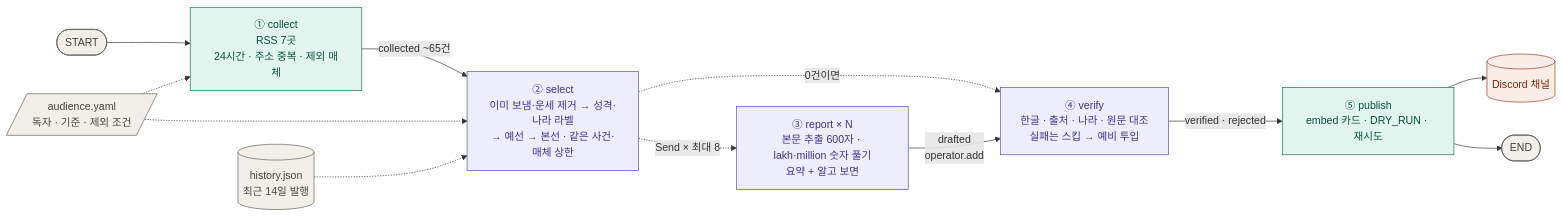
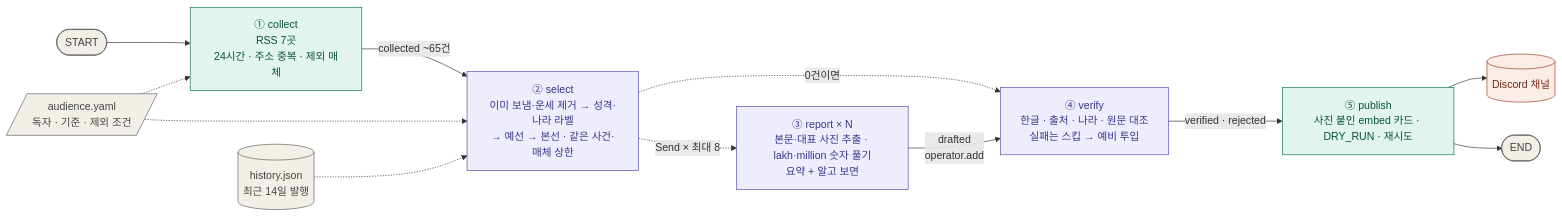
Before and after one commit to rome777/newsletter-agent: the diagram in REPORT.md, drawn with Mermaid. The commit also changed other lines of this file and 2 other files, not shown here.

````diff
--- a/REPORT.md
+++ b/REPORT.md
@@ -184,24 +184,24 @@
 ```mermaid
 flowchart LR
     S([START]) --> C["① collect<br/>RSS 7곳<br/>24시간 · 주소 중복 · 제외 매체"]
     C -->|collected ~65건| SE["② select<br/>이미 보냄·운세 제거 → 성격·나라 라벨<br/>→ 예선 → 본선 · 같은 사건·매체 상한"]
-    SE -.->|Send × 최대 8| R["③ report × N<br/>본문 추출 600자 · lakh·million 숫자 풀기<br/>요약 + 알고 보면"]
+    SE -.->|Send × 최대 8| R["③ report × N<br/>본문·대표 사진 추출 · lakh·million 숫자 풀기<br/>요약 + 알고 보면"]
     SE -.->|0건이면| V
     R -->|drafted<br/>operator.add| V["④ verify<br/>한글 · 출처 · 나라 · 원문 대조<br/>실패는 스킵 → 예비 투입"]
-    V -->|verified · rejected| P["⑤ publish<br/>embed 카드 · DRY_RUN · 재시도"]
+    V -->|verified · rejected| P["⑤ publish<br/>사진 붙인 embed 카드 · DRY_RUN · 재시도"]
     P --> D[("Discord 채널")]
     P --> E([END])
 
     Y[/"audience.yaml<br/>독자 · 기준 · 제외 조건"/] -.-> C
     Y -.-> SE
     H[("history.json<br/>최근 14일 발행")] -.-> SE
 
     classDef llm fill:#EEEDFE,stroke:#534AB7,color:#3C3489
     classDef code fill:#E1F5EE,stroke:#0F6E56,color:#085041
     classDef out fill:#FAECE7,stroke:#993C1D,color:#712B13
     classDef term fill:#F1EFE8,stroke:#5F5E5A,color:#444441
     class SE,R,V llm
     class C,P code
     class D out
     class S,E,Y,H term
 ```
````
